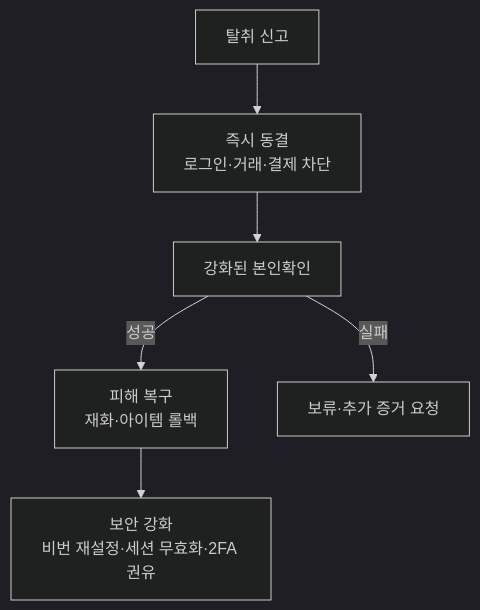
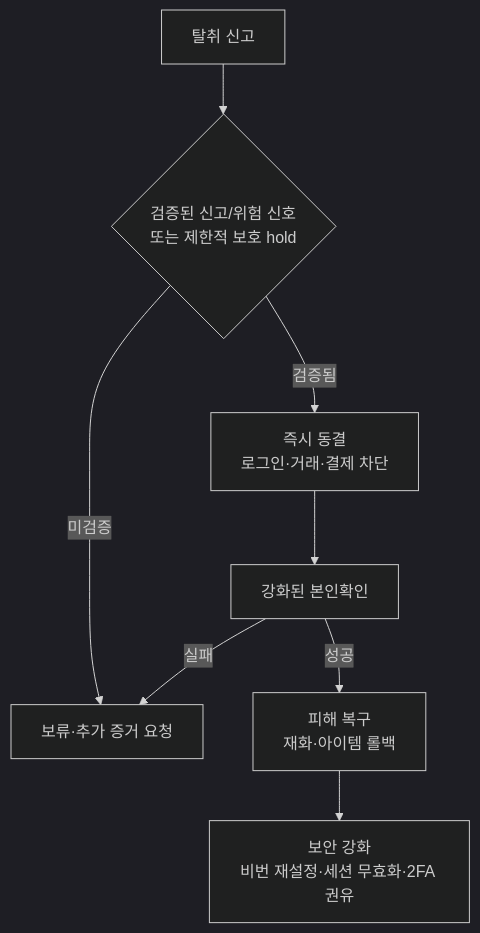
The sixth of 8 diagrams in live_service/part05_support.md (Rein-ArXiv/game-dev-curriculum), drawn with Mermaid (dark theme) before and after one commit. The commit also changed other lines of this file and 279 other files, not shown here.

````diff
--- a/live_service/part05_support.md
+++ b/live_service/part05_support.md
@@ -324,8 +324,10 @@
 ```mermaid
 flowchart TB
-    Report[탈취 신고] --> Freeze[즉시 동결<br/>로그인·거래·결제 차단]
+    Report[탈취 신고] --> Check{검증된 신고/위험 신호<br/>또는 제한적 보호 hold}
+    Check -->|검증됨| Freeze[즉시 동결<br/>로그인·거래·결제 차단]
+    Check -->|미검증| Hold[보류·추가 증거 요청]
     Freeze --> Verify[강화된 본인확인]
     Verify -->|성공| Restore[피해 복구<br/>재화·아이템 롤백]
-    Verify -->|실패| Hold[보류·추가 증거 요청]
+    Verify -->|실패| Hold
     Restore --> Secure[보안 강화<br/>비번 재설정·세션 무효화·2FA 권유]
 ```
````
